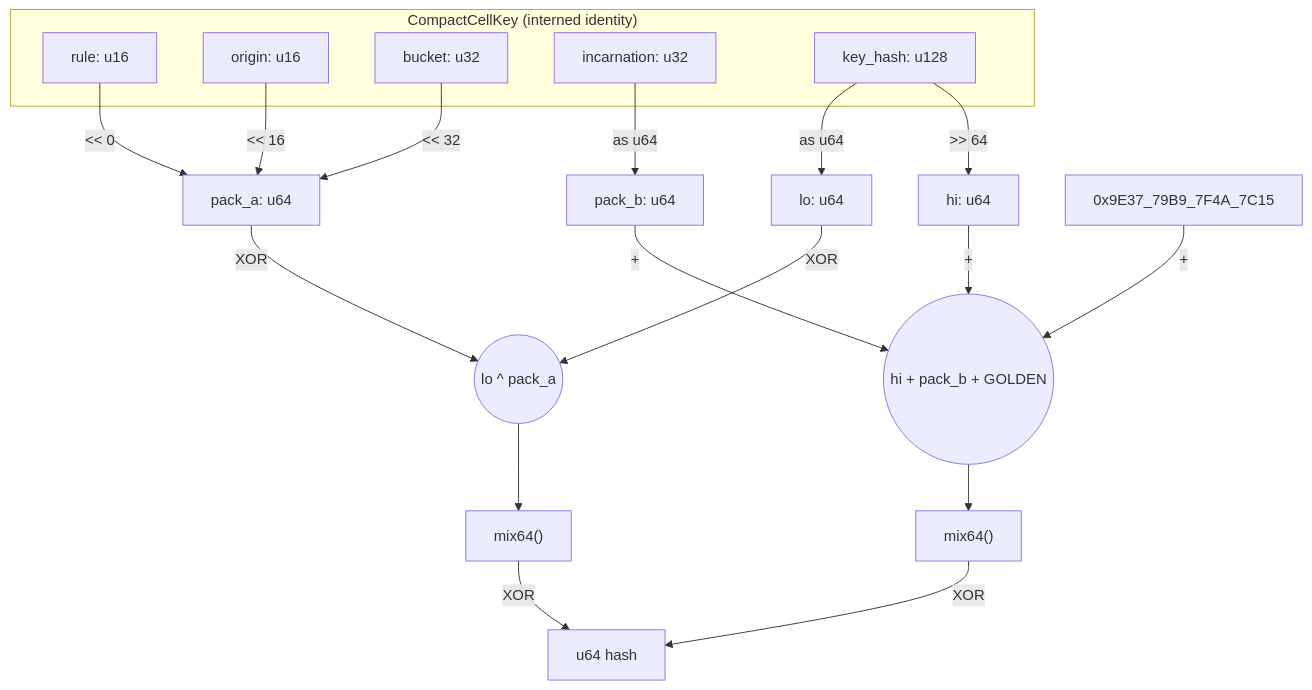
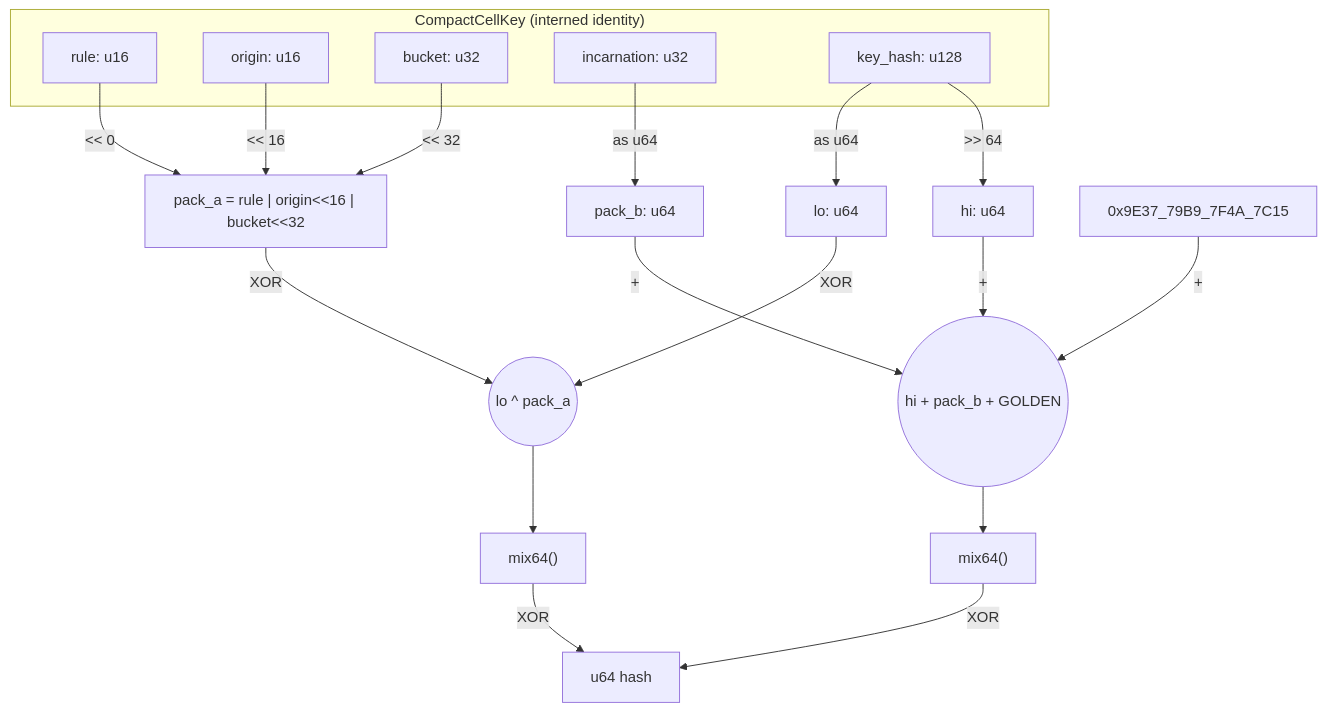
The second of 22 diagrams in crates/gabion/CRDT.md (prosody-events/gabion), drawn with Mermaid before and after one commit. The commit also changed other lines of this file and 7 other files, not shown here.

````diff
--- a/crates/gabion/CRDT.md
+++ b/crates/gabion/CRDT.md
@@ -164,32 +145,32 @@
 ```mermaid
 flowchart TD
     subgraph CCK["CompactCellKey (interned identity)"]
         R["rule: u16"]
         O["origin: u16"]
         B["bucket: u32"]
         I["incarnation: u32"]
         KH["key_hash: u128"]
     end
 
     KH -- "as u64" --> LO["lo: u64"]
     KH -- "&gt;&gt; 64" --> HI["hi: u64"]
 
-    R -- "&lt;&lt; 0" --> PA["pack_a: u64"]
+    R -- "&lt;&lt; 0" --> PA["pack_a = rule | origin&lt;&lt;16 | bucket&lt;&lt;32"]
     O -- "&lt;&lt; 16" --> PA
     B -- "&lt;&lt; 32" --> PA
 
     I -- "as u64" --> PB["pack_b: u64"]
 
     LO -- "XOR" --> LANE_A_IN(("lo ^ pack_a"))
     PA -- "XOR" --> LANE_A_IN
 
     HI -- "+" --> LANE_B_IN(("hi + pack_b + GOLDEN"))
     PB -- "+" --> LANE_B_IN
     GOLD["0x9E37_79B9_7F4A_7C15"] -- "+" --> LANE_B_IN
 
     LANE_A_IN --> MA["mix64()"]
     LANE_B_IN --> MB["mix64()"]
 
     MA -- "XOR" --> OUT["u64 hash"]
     MB -- "XOR" --> OUT
 ```
````
